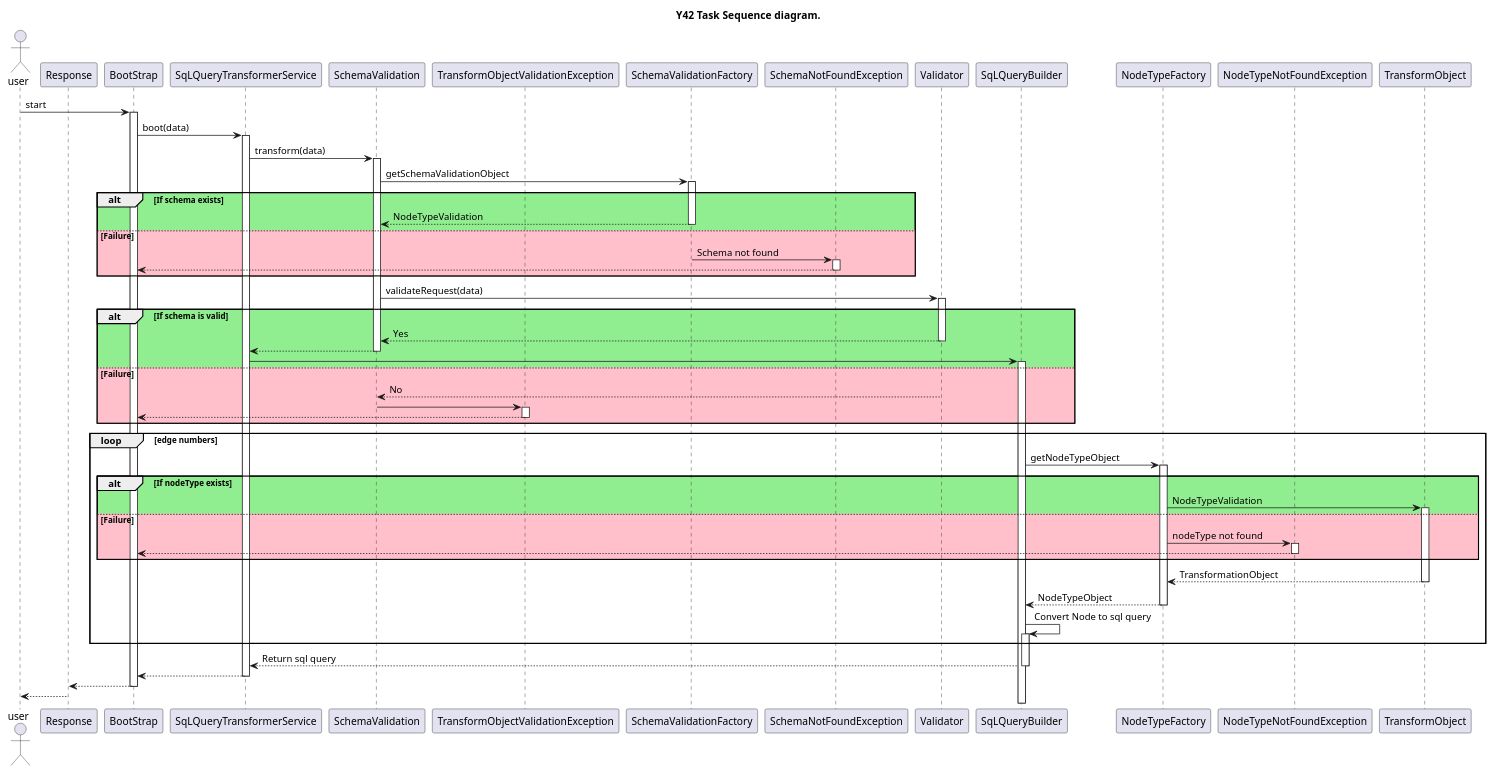
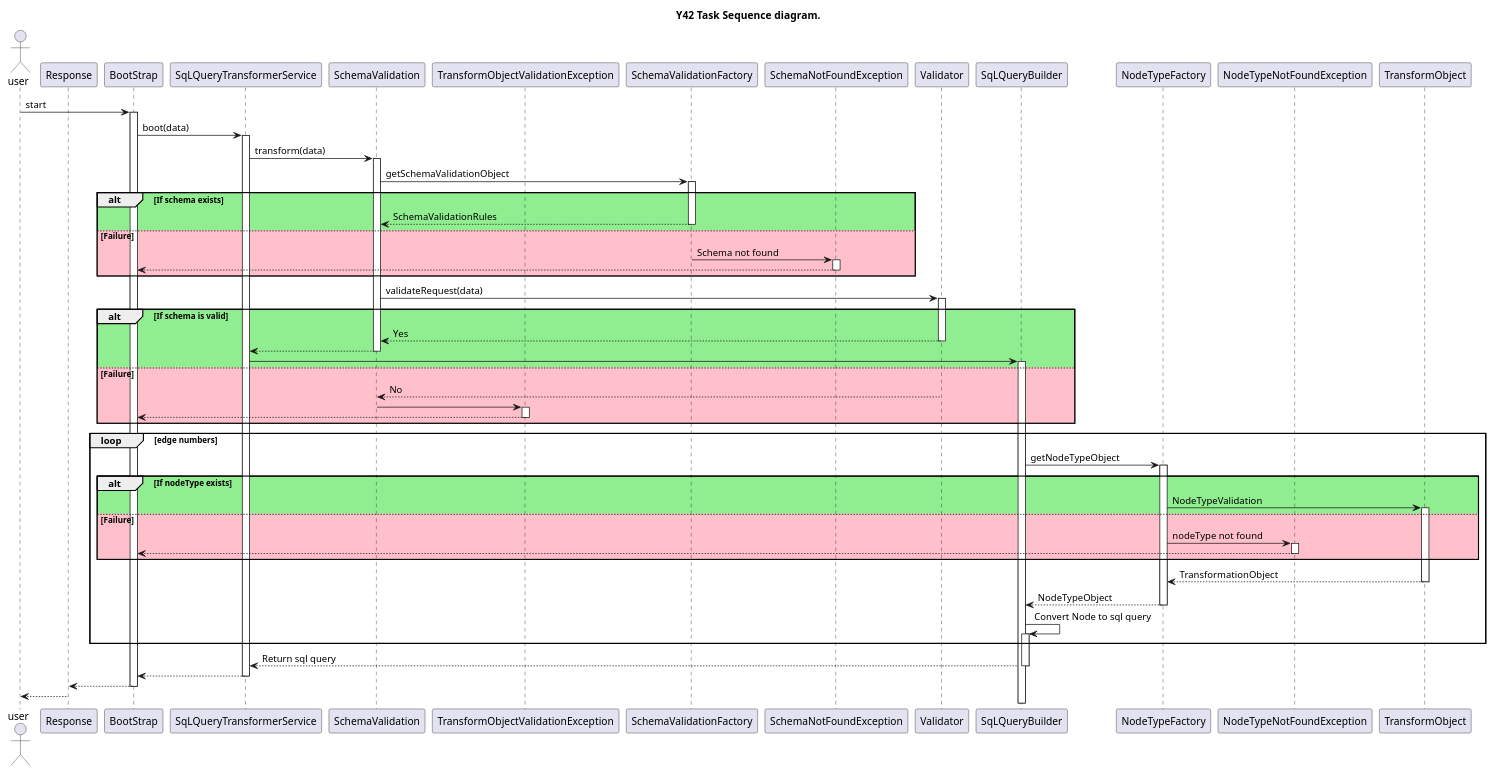
Before and after one commit to mohammedibrahim/y42.com-task: the diagram in app.puml, drawn with PlantUML. The commit also changed 2 other files, not shown here.

Commit message:
Update sequence diagram

```diff
--- a/app.puml
+++ b/app.puml
@@ -1,60 +1,60 @@
 @startuml
 autoactivate on
 
 title Y42 Task Sequence diagram.
 actor user
 
 participant "Response" as res
 participant "BootStrap" as bs
 participant "SqLQueryTransformerService" as sqts
 participant "SchemaValidation" as sv
 participant "TransformObjectValidationException" as tfove
 
 participant "SchemaValidationFactory" as svf
 participant "SchemaNotFoundException" as snfe
 
 participant "Validator" as va
 participant "SqLQueryBuilder" as sqb
 participant "NodeTypeFactory" as ntf
 participant "NodeTypeNotFoundException" as ntnfe
 participant "TransformObject" as tfo
 
 user -> bs: start
 bs -> sqts: boot(data)
 
 sqts -> sv: transform(data)
 sv -> svf: getSchemaValidationObject
 alt #lightGreen If schema exists
-    svf --> sv: NodeTypeValidation
+    svf --> sv: SchemaValidationRules
 else #Pink Failure
     svf -> snfe: Schema not found
     snfe --> bs
 end
 
 sv -> va: validateRequest(data)
 alt #lightGreen If schema is valid
     va --> sv: Yes
     sv --> sqts
     sqts -> sqb
 else #Pink Failure
     va --> sv: No
     sv -> tfove
     tfove --> bs
 end
 loop edge numbers
     sqb -> ntf: getNodeTypeObject
     alt #lightGreen If nodeType exists
         ntf -> tfo: NodeTypeValidation
     else #Pink Failure
         ntf -> ntnfe: nodeType not found
         ntnfe --> bs
     end
     tfo --> ntf: TransformationObject
     ntf --> sqb: NodeTypeObject
     sqb -> sqb: Convert Node to sql query
 end
 sqb --> sqts: Return sql query
 sqts --> bs
 bs --> res
 res --> user
 @enduml
```
